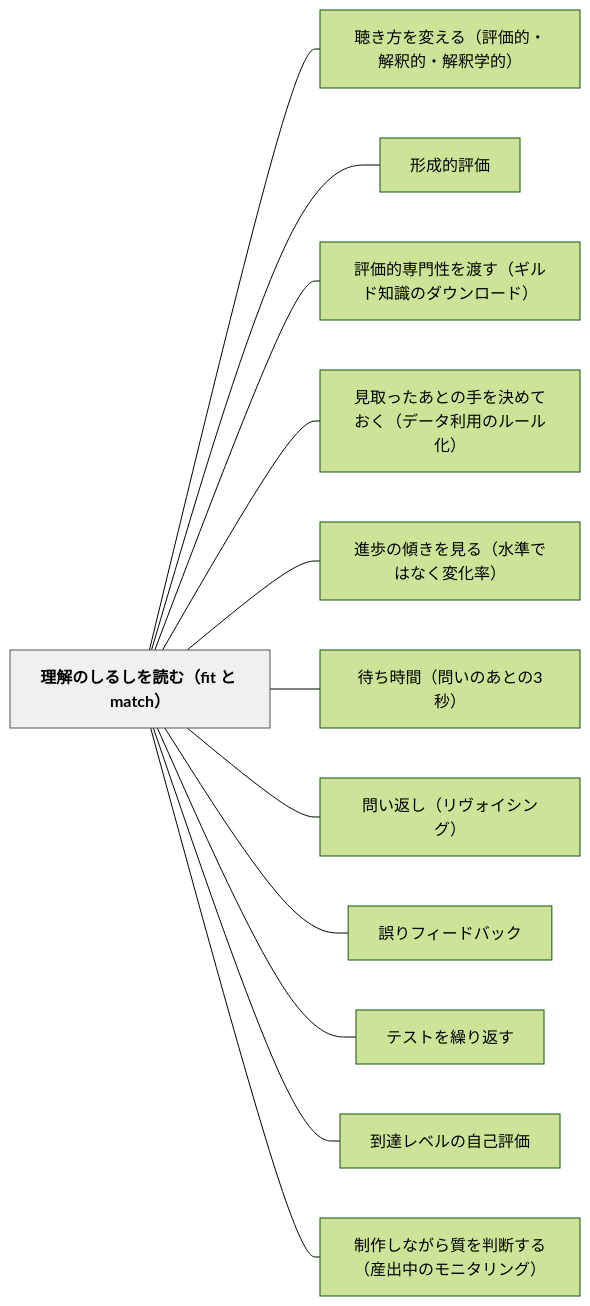
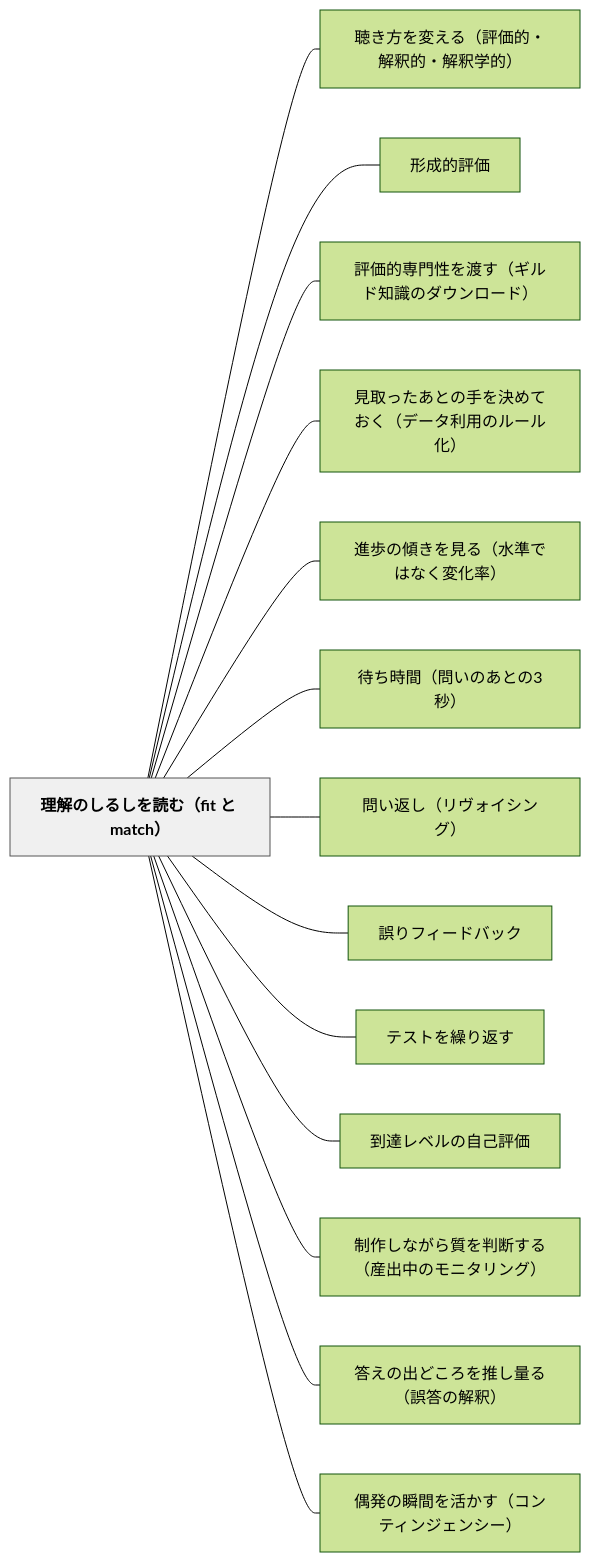
Before and after one commit to unknownthings-ed-patterns/unknownthings-ed-patterns: the diagram in content/パタン/理解のしるしを読む（fit と match）.md, drawn with Mermaid (forest theme). The commit also changed other lines of this file and 84 other files, not shown here.

````diff
--- a/content/パタン/理解のしるしを読む（fit と match）.md
+++ b/content/パタン/理解のしるしを読む（fit と match）.md
@@ -197,30 +202,34 @@
 ```mermaid
 flowchart LR
     ne79086e8a7a3e381aee38197e3828be38197e38292e8aaade38280efbc8866697420e381a8206d61746368efbc89["理解のしるしを読む（fit と match）"]
     ne881b4e3818de696b9e38292e5a489e38188e3828befbc88e8a995e4bea1e79a84e383bbe8a7a3e98788e79a84e383bbe8a7a3e98788e5ada6e79a84efbc89["聴き方を変える（評価的・解釈的・解釈学的）"]
     ne5bda2e68890e79a84e8a995e4bea1["形成的評価"]
     ne8a995e4bea1e79a84e5b082e99680e680a7e38292e6b8a1e38199efbc88e382aee383abe38389e79fa5e8ad98e381aee38380e382a6e383b3e383ade383bce38389efbc89["評価的専門性を渡す（ギルド知識のダウンロード）"]
     ne8a68be58f96e381a3e3819fe38182e381a8e381aee6898be38292e6b1bae38281e381a6e3818ae3818fefbc88e38387e383bce382bfe588a9e794a8e381aee383abe383bce383abe58c96efbc89["見取ったあとの手を決めておく（データ利用のルール化）"]
     ne980b2e6ada9e381aee582bee3818de38292e8a68be3828befbc88e6b0b4e6ba96e381a7e381afe381aae3818fe5a489e58c96e78e87efbc89["進歩の傾きを見る（水準ではなく変化率）"]
     ne5be85e381a1e69982e99693efbc88e5958fe38184e381aee38182e381a8e381ae33e7a792efbc89["待ち時間（問いのあとの3秒）"]
     ne5958fe38184e8bf94e38197efbc88e383aae383b4e382a9e382a4e382b7e383b3e382b0efbc89["問い返し（リヴォイシング）"]
     ne8aaa4e3828ae38395e382a3e383bce38389e38390e38383e382af["誤りフィードバック"]
     ne38386e382b9e38388e38292e7b9b0e3828ae8bf94e38199["テストを繰り返す"]
     ne588b0e98194e383ace38399e383abe381aee887aae5b7b1e8a995e4bea1["到達レベルの自己評価"]
     ne588b6e4bd9ce38197e381aae3818ce38289e8b3aae38292e588a4e696ade38199e3828befbc88e794a3e587bae4b8ade381aee383a2e3838be382bfe383aae383b3e382b0efbc89["制作しながら質を判断する（産出中のモニタリング）"]
+    ne7ad94e38188e381aee587bae381a9e38193e3828de38292e68ea8e38197e9878fe3828befbc88e8aaa4e7ad94e381aee8a7a3e98788efbc89["答えの出どころを推し量る（誤答の解釈）"]
+    ne581b6e799bae381aee79eace99693e38292e6b4bbe3818be38199efbc88e382b3e383b3e38386e382a3e383b3e382b8e382a7e383b3e382b7e383bcefbc89["偶発の瞬間を活かす（コンティンジェンシー）"]
 
     ne79086e8a7a3e381aee38197e3828be38197e38292e8aaade38280efbc8866697420e381a8206d61746368efbc89 --- ne881b4e3818de696b9e38292e5a489e38188e3828befbc88e8a995e4bea1e79a84e383bbe8a7a3e98788e79a84e383bbe8a7a3e98788e5ada6e79a84efbc89
     ne79086e8a7a3e381aee38197e3828be38197e38292e8aaade38280efbc8866697420e381a8206d61746368efbc89 --- ne5bda2e68890e79a84e8a995e4bea1
     ne79086e8a7a3e381aee38197e3828be38197e38292e8aaade38280efbc8866697420e381a8206d61746368efbc89 --- ne8a995e4bea1e79a84e5b082e99680e680a7e38292e6b8a1e38199efbc88e382aee383abe38389e79fa5e8ad98e381aee38380e382a6e383b3e383ade383bce38389efbc89
     ne79086e8a7a3e381aee38197e3828be38197e38292e8aaade38280efbc8866697420e381a8206d61746368efbc89 --- ne8a68be58f96e381a3e3819fe38182e381a8e381aee6898be38292e6b1bae38281e381a6e3818ae3818fefbc88e38387e383bce382bfe588a9e794a8e381aee383abe383bce383abe58c96efbc89
     ne79086e8a7a3e381aee38197e3828be38197e38292e8aaade38280efbc8866697420e381a8206d61746368efbc89 --- ne980b2e6ada9e381aee582bee3818de38292e8a68be3828befbc88e6b0b4e6ba96e381a7e381afe381aae3818fe5a489e58c96e78e87efbc89
     ne79086e8a7a3e381aee38197e3828be38197e38292e8aaade38280efbc8866697420e381a8206d61746368efbc89 --- ne5be85e381a1e69982e99693efbc88e5958fe38184e381aee38182e381a8e381ae33e7a792efbc89
     ne79086e8a7a3e381aee38197e3828be38197e38292e8aaade38280efbc8866697420e381a8206d61746368efbc89 --- ne5958fe38184e8bf94e38197efbc88e383aae383b4e382a9e382a4e382b7e383b3e382b0efbc89
     ne79086e8a7a3e381aee38197e3828be38197e38292e8aaade38280efbc8866697420e381a8206d61746368efbc89 --- ne8aaa4e3828ae38395e382a3e383bce38389e38390e38383e382af
     ne79086e8a7a3e381aee38197e3828be38197e38292e8aaade38280efbc8866697420e381a8206d61746368efbc89 --- ne38386e382b9e38388e38292e7b9b0e3828ae8bf94e38199
     ne79086e8a7a3e381aee38197e3828be38197e38292e8aaade38280efbc8866697420e381a8206d61746368efbc89 --- ne588b0e98194e383ace38399e383abe381aee887aae5b7b1e8a995e4bea1
     ne79086e8a7a3e381aee38197e3828be38197e38292e8aaade38280efbc8866697420e381a8206d61746368efbc89 --- ne588b6e4bd9ce38197e381aae3818ce38289e8b3aae38292e588a4e696ade38199e3828befbc88e794a3e587bae4b8ade381aee383a2e3838be382bfe383aae383b3e382b0efbc89
+    ne79086e8a7a3e381aee38197e3828be38197e38292e8aaade38280efbc8866697420e381a8206d61746368efbc89 --- ne7ad94e38188e381aee587bae381a9e38193e3828de38292e68ea8e38197e9878fe3828befbc88e8aaa4e7ad94e381aee8a7a3e98788efbc89
+    ne79086e8a7a3e381aee38197e3828be38197e38292e8aaade38280efbc8866697420e381a8206d61746368efbc89 --- ne581b6e799bae381aee79eace99693e38292e6b4bbe3818be38199efbc88e382b3e383b3e38386e382a3e383b3e382b8e382a7e383b3e382b7e383bcefbc89
 
     classDef hub fill:#f0f0f0,stroke:#555,color:#000,font-weight:bold
     class ne79086e8a7a3e381aee38197e3828be38197e38292e8aaade38280efbc8866697420e381a8206d61746368efbc89 hub
 ```
````
